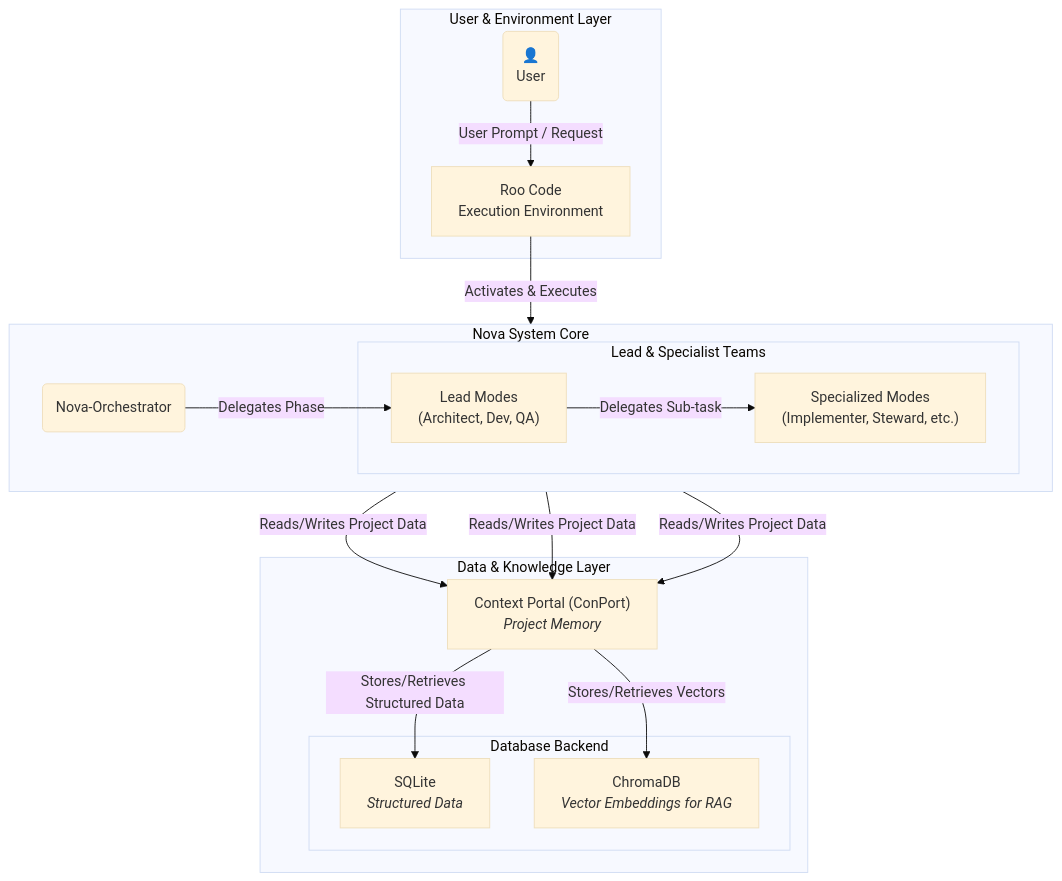
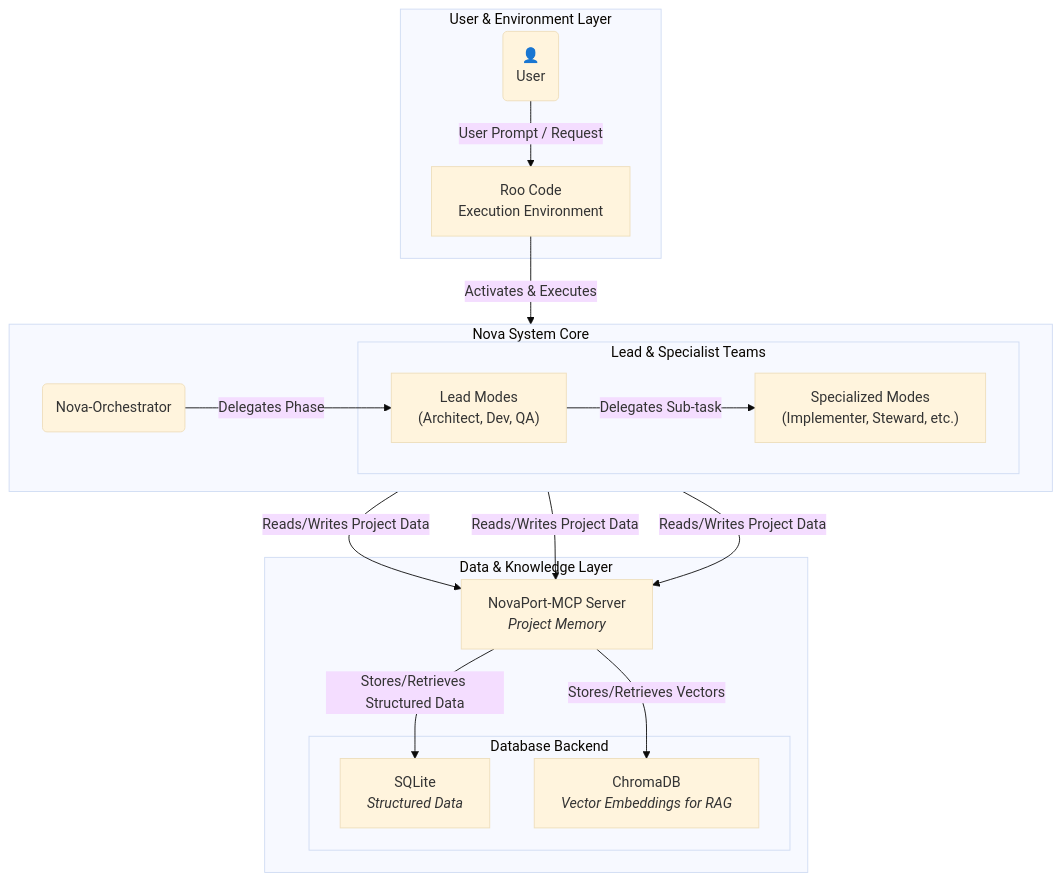
The first of 7 diagrams in NOVA_SYSTEM_ARCHITECTURE.md (Siroopfles/NovaPort), drawn with Mermaid (base theme) before and after one commit. The commit also changed other lines of this file and 46 other files, not shown here.

````diff
--- a/NOVA_SYSTEM_ARCHITECTURE.md
+++ b/NOVA_SYSTEM_ARCHITECTURE.md
@@ -21,36 +21,36 @@
 ```mermaid
 graph TD
     subgraph "User & Environment Layer"
         User(👤<br/>User)
         RooEnv["Roo Code<br/>Execution Environment"]
     end
 
     subgraph "Nova System Core"
         direction LR
         Orchestrator(Nova-Orchestrator)
         subgraph "Lead & Specialist Teams"
             LeadModes["Lead Modes<br/>(Architect, Dev, QA)"]
             SpecializedModes["Specialized Modes<br/>(Implementer, Steward, etc.)"]
         end
     end
 
     subgraph "Data & Knowledge Layer"
-        ConPort["Context Portal (ConPort)<br/><i>Project Memory</i>"]
+        NovaPortMCP["NovaPort-MCP Server<br/><i>Project Memory</i>"]
         subgraph "Database Backend"
             SQLite["SQLite<br/><i>Structured Data</i>"]
             ChromaDB["ChromaDB<br/><i>Vector Embeddings for RAG</i>"]
         end
     end
 
     User -- "User Prompt / Request" --> RooEnv
     RooEnv -- "Activates & Executes" --> Orchestrator
     Orchestrator -- "Delegates Phase" --> LeadModes
     LeadModes -- "Delegates Sub-task" --> SpecializedModes
 
-    SpecializedModes -- "Reads/Writes Project Data" --> ConPort
-    LeadModes -- "Reads/Writes Project Data" --> ConPort
-    Orchestrator -- "Reads/Writes Project Data" --> ConPort
+    SpecializedModes -- "Reads/Writes Project Data" --> NovaPortMCP
+    LeadModes -- "Reads/Writes Project Data" --> NovaPortMCP
+    Orchestrator -- "Reads/Writes Project Data" --> NovaPortMCP
 
-    ConPort -- "Stores/Retrieves Structured Data" --> SQLite
-    ConPort -- "Stores/Retrieves Vectors" --> ChromaDB
+    NovaPortMCP -- "Stores/Retrieves Structured Data" --> SQLite
+    NovaPortMCP -- "Stores/Retrieves Vectors" --> ChromaDB
 ```
````
